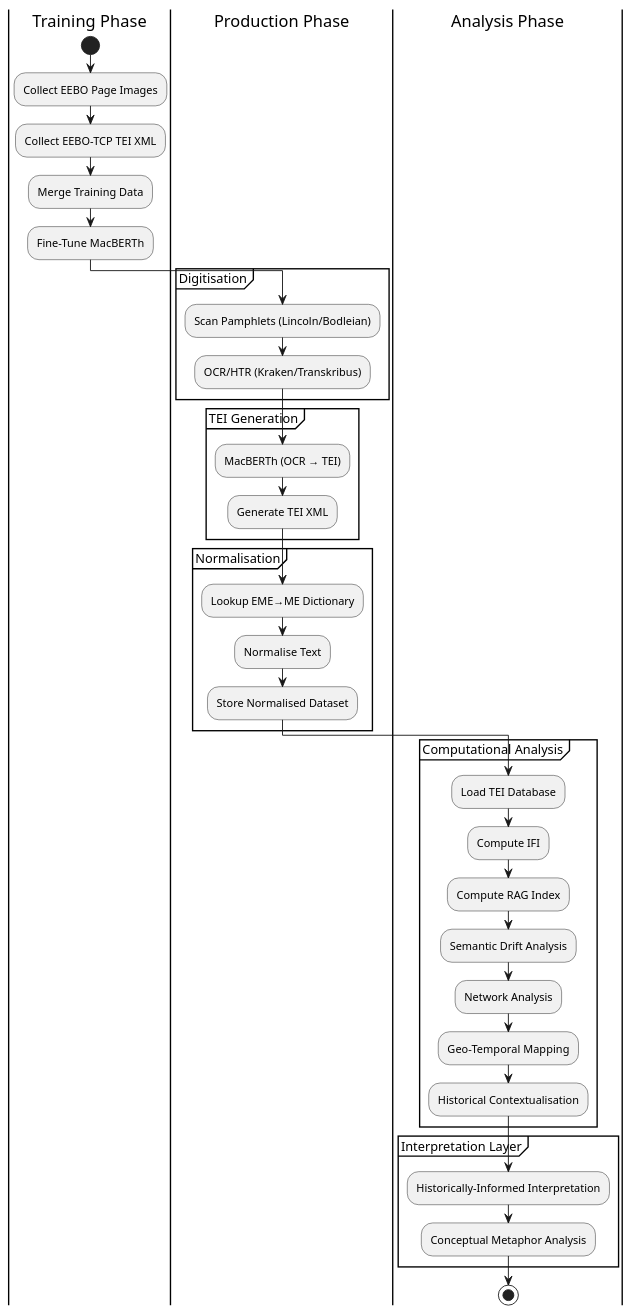
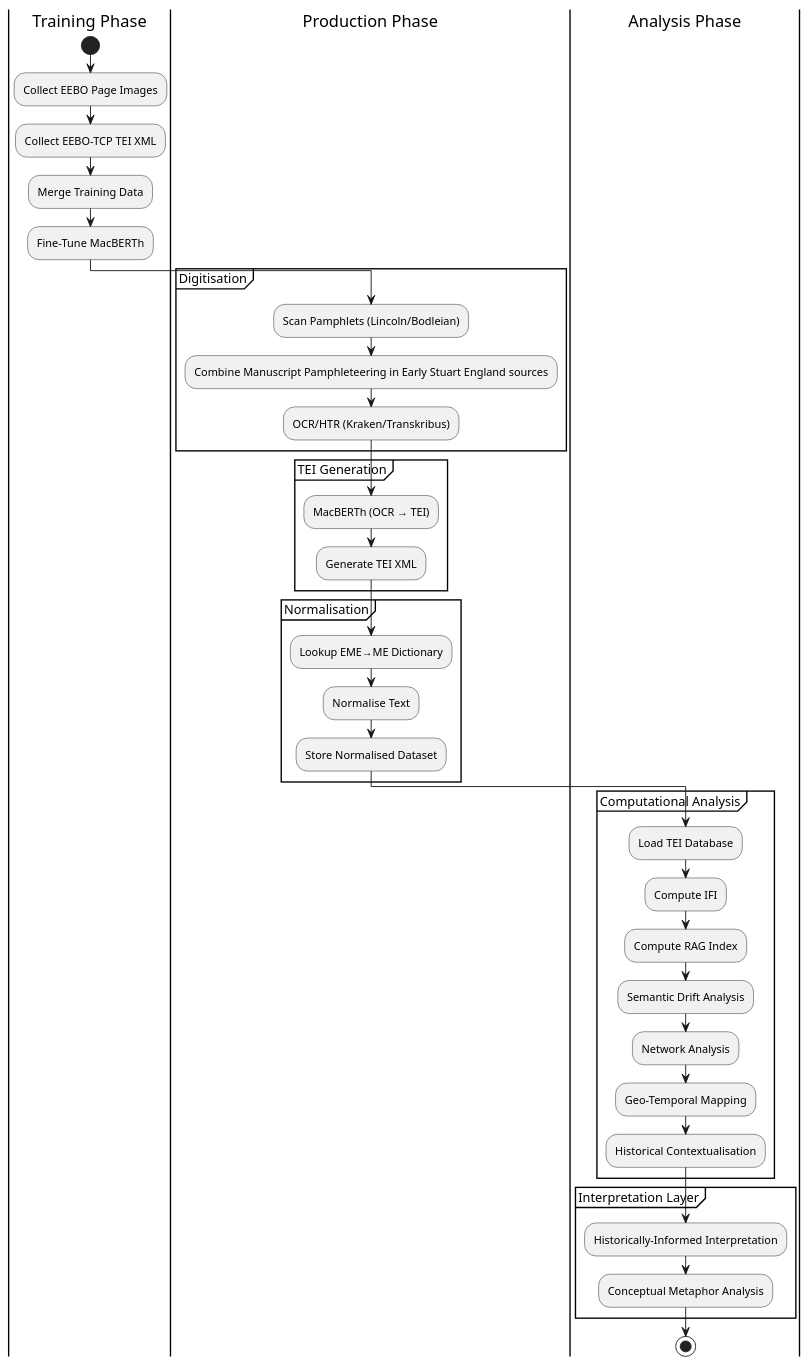
Before and after one commit to leegee/mutatis-mutandis: the diagram in docs/uml/old/init.puml, drawn with PlantUML. The commit also changed 6 other files, not shown here.

```diff
--- a/docs/uml/old/init.puml
+++ b/docs/uml/old/init.puml
@@ -1,43 +1,44 @@
 @startuml
 |Training Phase|
 start
 :Collect EEBO Page Images;
 :Collect EEBO-TCP TEI XML;
 :Merge Training Data;
 :Fine-Tune MacBERTh;
 
 |Production Phase|
 partition "Digitisation" {
   :Scan Pamphlets (Lincoln/Bodleian);
+  :Combine Manuscript Pamphleteering in Early Stuart England sources;
   :OCR/HTR (Kraken/Transkribus);
 }
 
 partition "TEI Generation" {
   :MacBERTh (OCR → TEI);
   :Generate TEI XML;
 }
 
 partition "Normalisation" {
   :Lookup EME→ME Dictionary;
   :Normalise Text;
   :Store Normalised Dataset;
 }
 
 |Analysis Phase|
 partition "Computational Analysis" {
   :Load TEI Database;
   :Compute IFI;
   :Compute RAG Index;
   :Semantic Drift Analysis;
   :Network Analysis;
   :Geo-Temporal Mapping;
   :Historical Contextualisation;
 }
 
 partition "Interpretation Layer" {
   :Historically-Informed Interpretation;
   :Conceptual Metaphor Analysis;
 }
 
 stop
 @enduml
```
